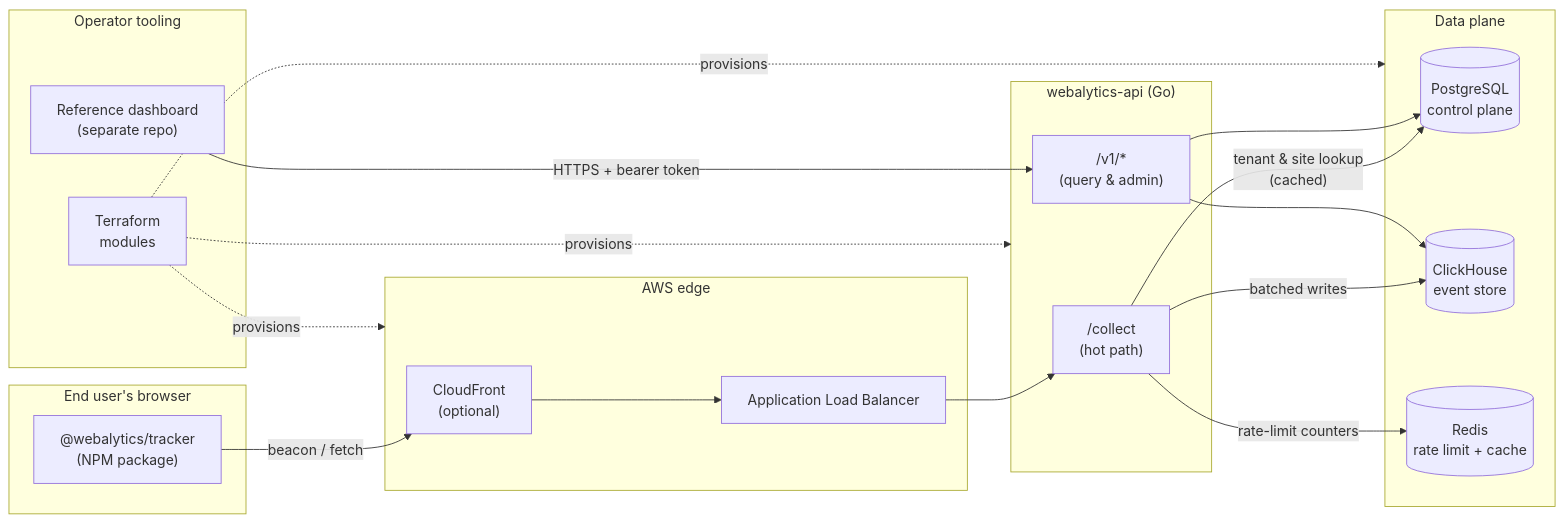
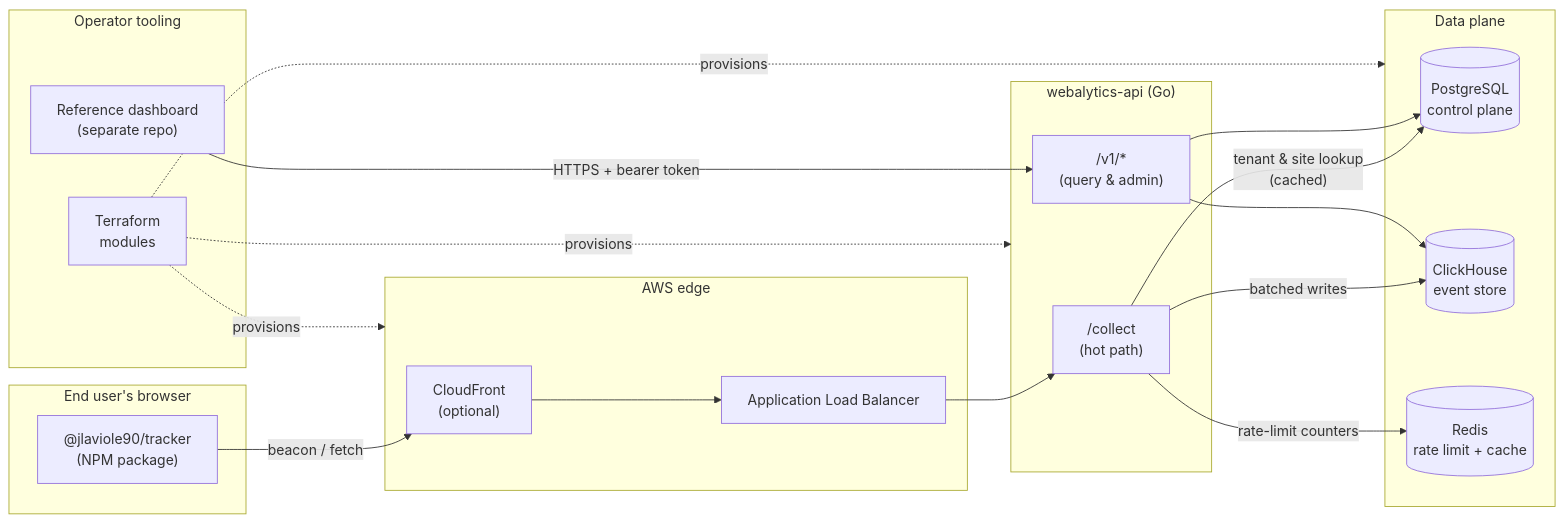
The first of 3 diagrams in docs/ARCHITECTURE.md (jlaviole90/webalytics), drawn with Mermaid before and after one commit. The commit also changed other lines of this file and 32 other files, not shown here.

````diff
--- a/docs/ARCHITECTURE.md
+++ b/docs/ARCHITECTURE.md
@@ -65,38 +65,38 @@
 ```mermaid
 flowchart LR
     subgraph Browser["End user's browser"]
-        SDK["@webalytics/tracker\n(NPM package)"]
+        SDK["@jlaviole90/tracker\n(NPM package)"]
     end
 
     subgraph Edge["AWS edge"]
         CF["CloudFront\n(optional)"]
         ALB["Application Load Balancer"]
     end
 
     subgraph Service["webalytics-api (Go)"]
         Ingest["/collect\n(hot path)"]
         Query["/v1/*\n(query & admin)"]
     end
 
     subgraph Data["Data plane"]
         PG[(PostgreSQL\ncontrol plane)]
         CH[(ClickHouse\nevent store)]
         Redis[(Redis\nrate limit + cache)]
     end
 
     subgraph Ops["Operator tooling"]
         TF["Terraform\nmodules"]
         Dash["Reference dashboard\n(separate repo)"]
     end
 
     SDK -- "beacon / fetch" --> CF --> ALB --> Ingest
     Ingest -- "batched writes" --> CH
     Ingest -- "tenant & site lookup\n(cached)" --> PG
     Ingest -- "rate-limit counters" --> Redis
     Query --> PG
     Query --> CH
     Dash -- "HTTPS + bearer token" --> Query
     TF -. provisions .-> Edge
     TF -. provisions .-> Service
     TF -. provisions .-> Data
 ```
````
